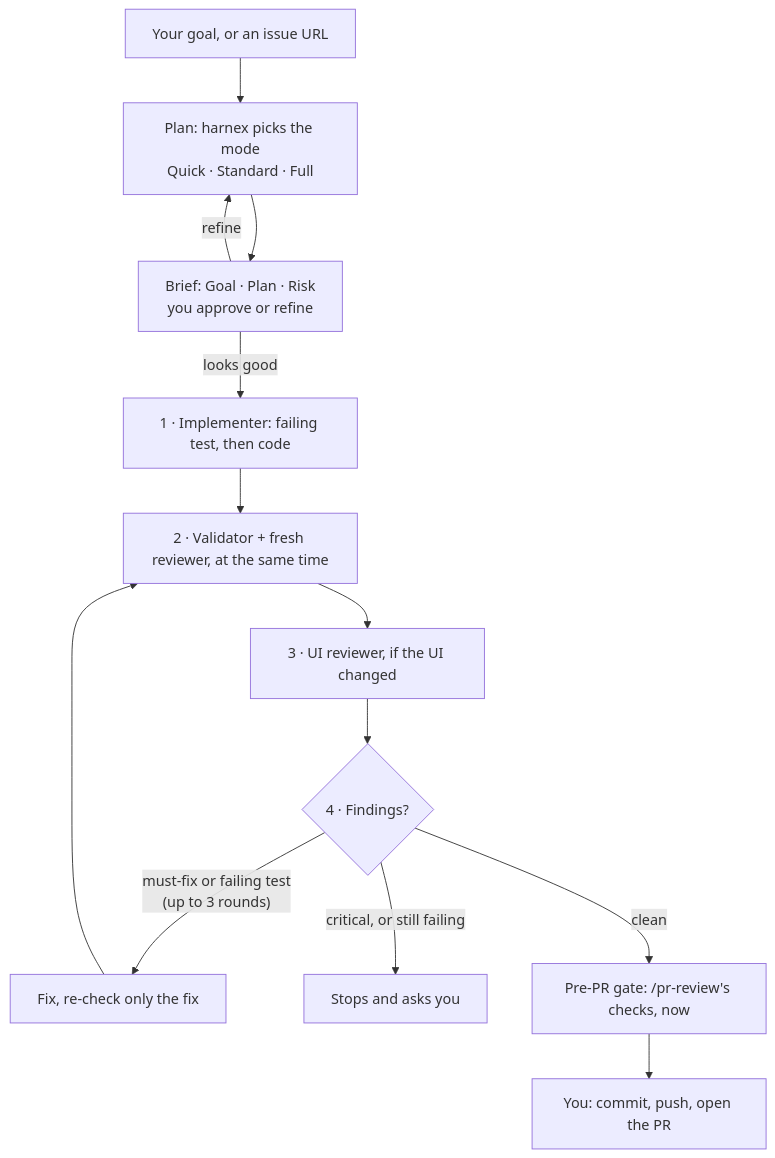
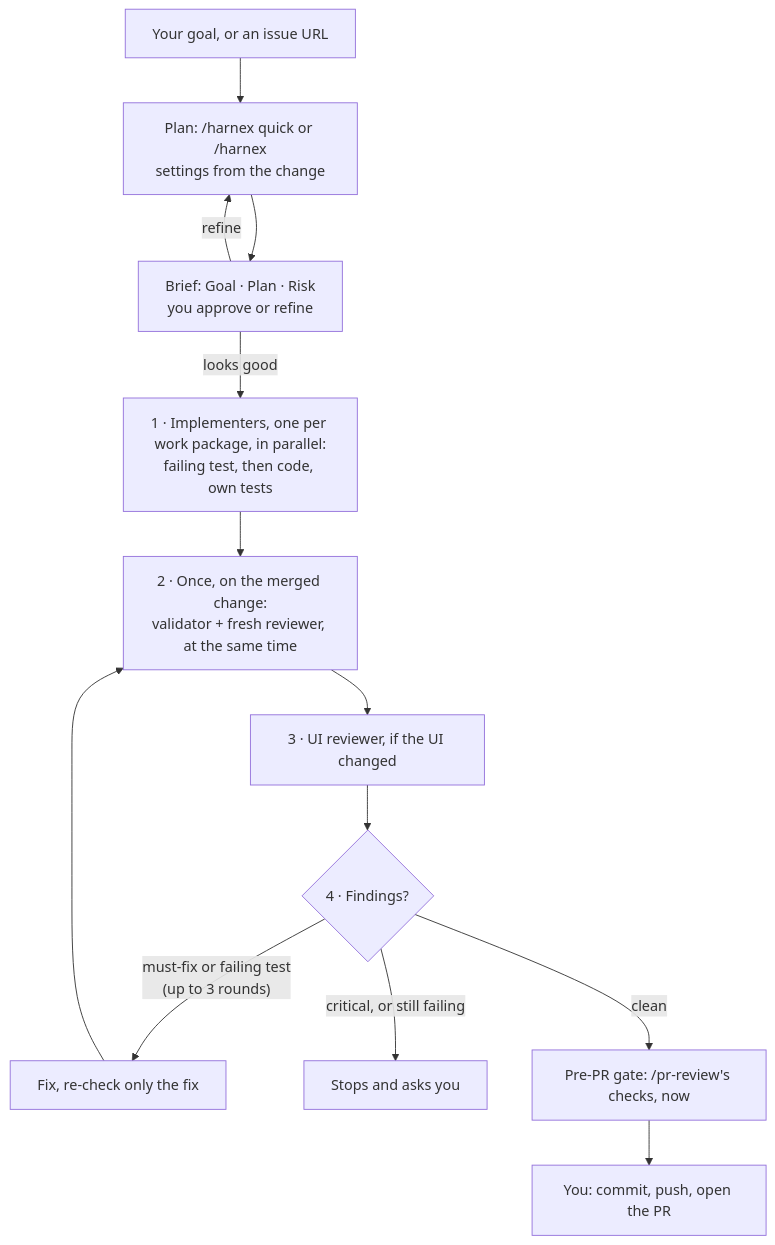
One commit to tankibaj/harnex changed the diagram in README.md. Above: the diagram before and after it, drawn with Mermaid. The commit also changed other lines of this file and 17 other files, not shown here.

First line of the commit message:
feat(harnex)!: two flows, gates once at integration

````diff
--- a/README.md
+++ b/README.md
@@ -68,13 +69,13 @@
 ```mermaid
 flowchart TD
-  ask["Your goal, or an issue URL"] --> plan["Plan: harnex picks the mode<br/>Quick · Standard · Full"]
+  ask["Your goal, or an issue URL"] --> plan["Plan: /harnex quick or /harnex<br/>settings from the change"]
   plan --> brief["Brief: Goal · Plan · Risk<br/>you approve or refine"]
   brief -- "refine" --> plan
-  brief -- "looks good" --> build["1 · Implementer: failing test, then code"]
-  build --> check["2 · Validator + fresh reviewer, at the same time"]
+  brief -- "looks good" --> build["1 · Implementers, one per work package, in parallel:<br/>failing test, then code, own tests"]
+  build --> check["2 · Once, on the merged change:<br/>validator + fresh reviewer, at the same time"]
   check --> ui["3 · UI reviewer, if the UI changed"]
   ui --> found{"4 · Findings?"}
   found -- "must-fix or failing test<br/>(up to 3 rounds)" --> fix["Fix, re-check only the fix"] --> check
   found -- "critical, or still failing" --> you["Stops and asks you"]
   found -- "clean" --> gate["Pre-PR gate: /pr-review's checks, now"] --> ship["You: commit, push, open the PR"]
 ```
````
